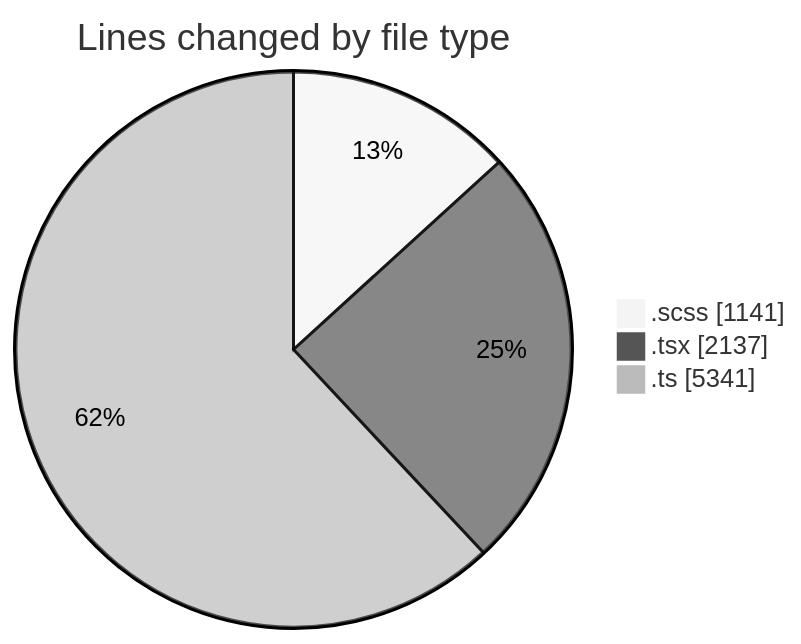
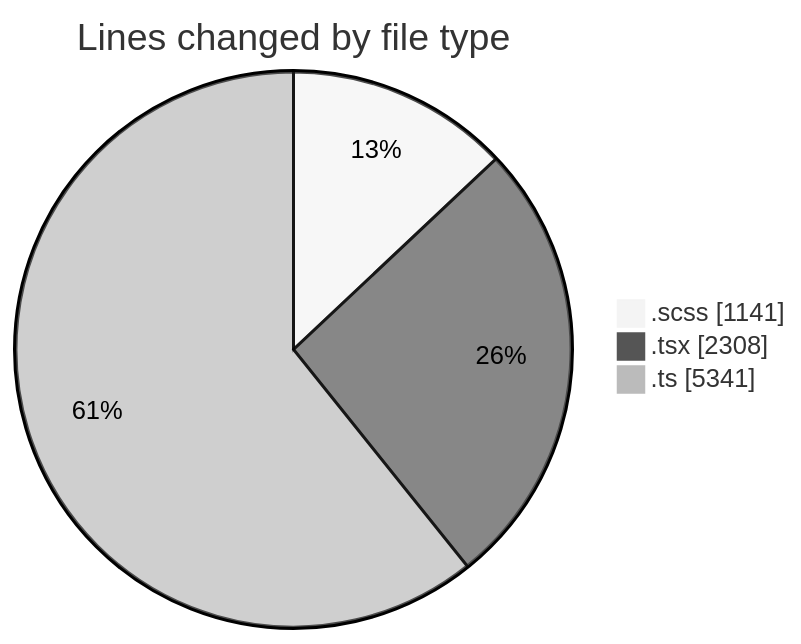
One commit to momahboobian/code-tracking changed the first of 2 diagrams in 2025-03-28/cda/README.md. Above: the diagram before and after it, drawn with Mermaid (neutral theme). The commit also changed other lines of this file and 1 other file, not shown here.

````diff
--- a/2025-03-28/cda/README.md
+++ b/2025-03-28/cda/README.md
@@ -35,7 +36,7 @@
 ```mermaid
 pie showData
 title Lines changed by file type
 ".scss" : 1141
-".tsx" : 2137
+".tsx" : 2308
 ".ts" : 5341
 ```
````
